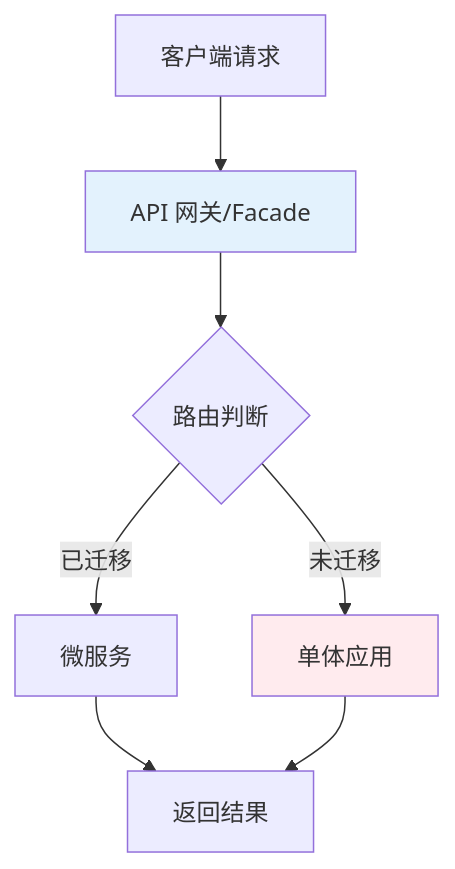
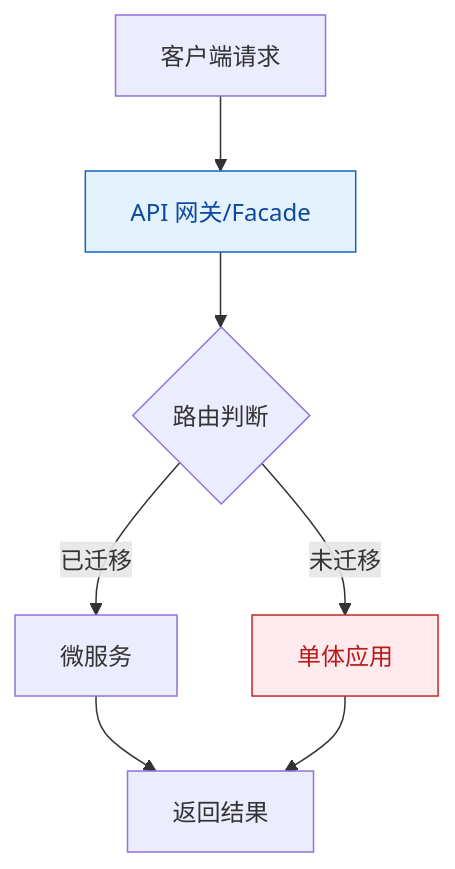
Diagram 17 of 23 in _posts/2018-12-11-microservices-architecture.md (FreezeSoul/freezesoul.github.com), drawn with Mermaid before and after one commit. The commit also changed other lines of this file and 9 other files, not shown here.

Commit message:
修正mermaid配色与要求

````diff
--- a/_posts/2018-12-11-microservices-architecture.md
+++ b/_posts/2018-12-11-microservices-architecture.md
@@ -651,13 +651,13 @@
 ```mermaid
 graph TD
     A[客户端请求] --> B[API 网关/Facade]
     B --> C{路由判断}
     C -->|已迁移| D[微服务]
     C -->|未迁移| E[单体应用]
 
     D --> F[返回结果]
     E --> F
 
-    style B fill:#e3f2fd
-    style E fill:#ffebee
+    style B fill:#e3f2fd,stroke:#1565c0,color:#0d47a1
+    style E fill:#ffebee,stroke:#c62828,color:#b71c1c
 ```
````
